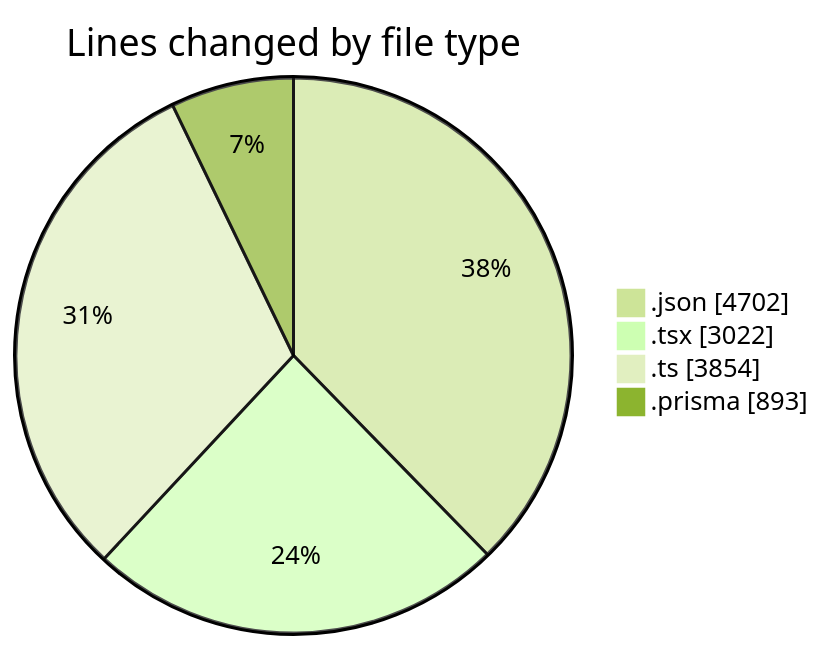
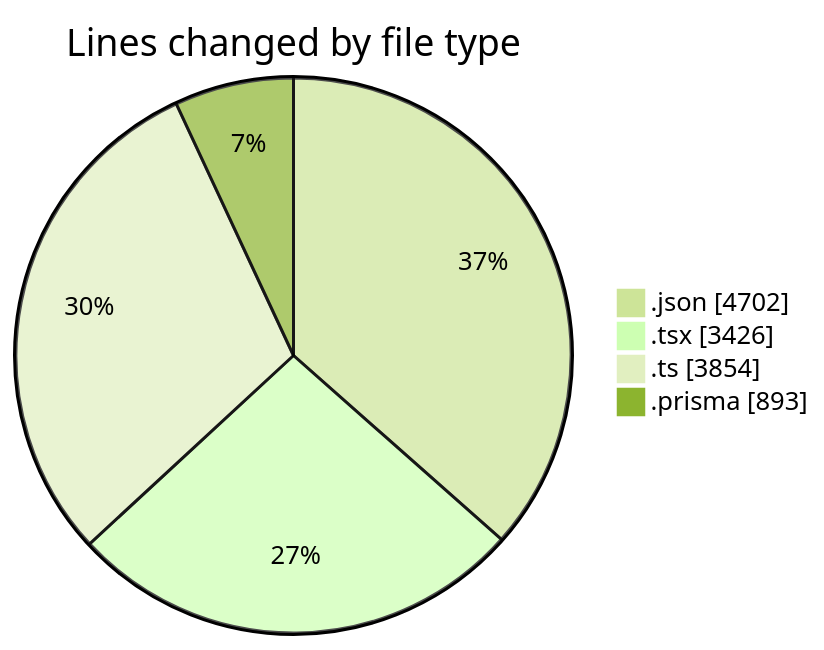
Before and after one commit to CELIANVF/code-tracking: the first of 2 diagrams in 2025-05-05/ecodeli/README.md, drawn with Mermaid (forest theme). The commit also changed other lines of this file and 1 other file, not shown here.

````diff
--- a/2025-05-05/ecodeli/README.md
+++ b/2025-05-05/ecodeli/README.md
@@ -46,8 +47,8 @@
 ```mermaid
 pie showData
 title Lines changed by file type
 ".json" : 4702
-".tsx" : 3022
+".tsx" : 3426
 ".ts" : 3854
 ".prisma" : 893
 ```
````
